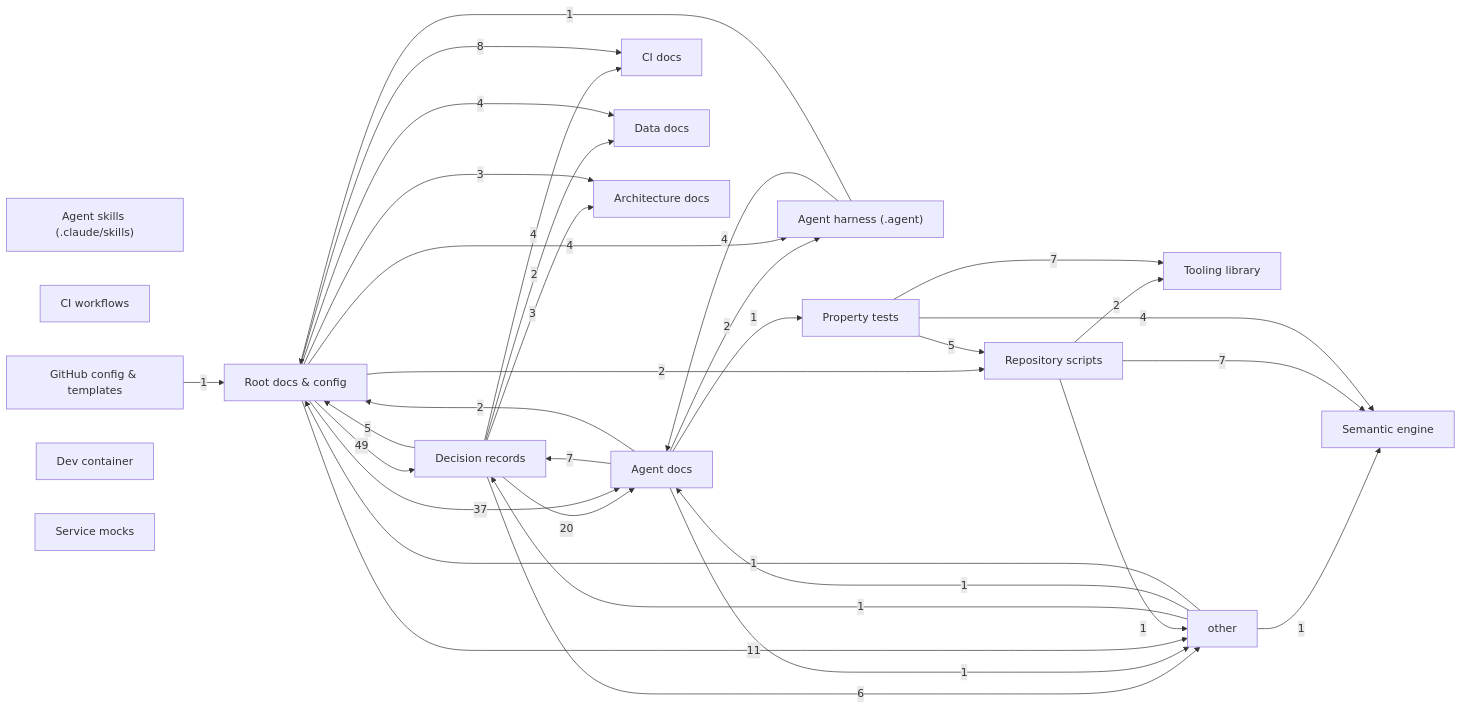
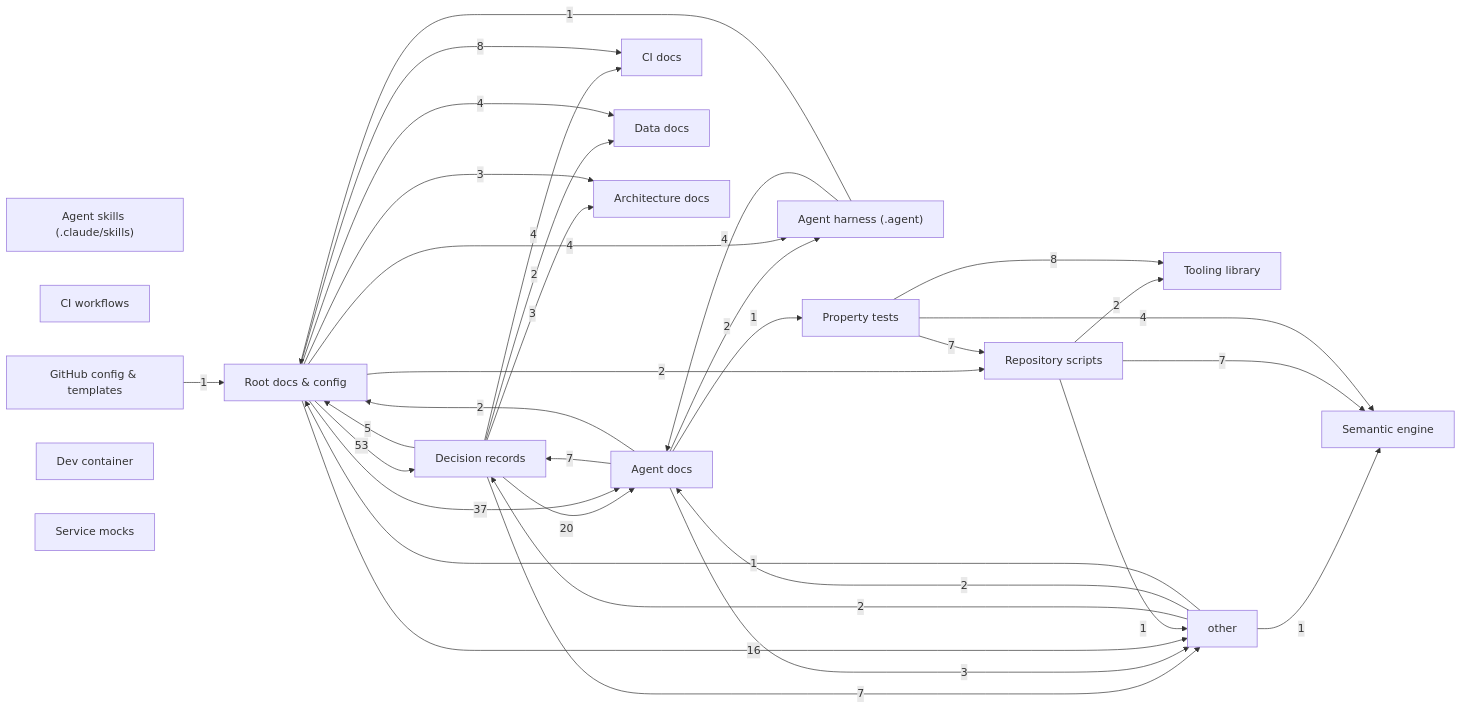
One commit to sayedelazameydesign-crypto/ui changed the diagram in docs/architecture/graph.md. Above: the diagram before and after it, drawn with Mermaid. The commit also changed other lines of this file and 26 other files, not shown here.

````diff
--- a/docs/architecture/graph.md
+++ b/docs/architecture/graph.md
@@ -11,51 +11,51 @@
 ```mermaid
 graph LR
   root["Root docs & config"]
   agent_harness["Agent harness (.agent)"]
   skills["Agent skills (.claude/skills)"]
   workflows["CI workflows"]
   github_config["GitHub config & templates"]
   sandbox["Dev container"]
   adr["Decision records"]
   docs_agents["Agent docs"]
   docs_ci["CI docs"]
   docs_data["Data docs"]
   docs_arch["Architecture docs"]
   semantic["Semantic engine"]
   tooling_lib["Tooling library"]
   scripts["Repository scripts"]
   tests["Property tests"]
   mocks["Service mocks"]
   adr -->|20| docs_agents
   adr -->|3| docs_arch
   adr -->|4| docs_ci
   adr -->|2| docs_data
-  adr -->|6| other
+  adr -->|7| other
   adr -->|5| root
   agent_harness -->|4| docs_agents
   agent_harness -->|1| root
   docs_agents -->|7| adr
   docs_agents -->|2| agent_harness
-  docs_agents -->|1| other
+  docs_agents -->|3| other
   docs_agents -->|2| root
   docs_agents -->|1| tests
   github_config -->|1| root
-  other -->|1| adr
-  other -->|1| docs_agents
+  other -->|2| adr
+  other -->|2| docs_agents
   other -->|1| root
   other -->|1| semantic
-  root -->|49| adr
+  root -->|53| adr
   root -->|4| agent_harness
   root -->|37| docs_agents
   root -->|3| docs_arch
   root -->|8| docs_ci
   root -->|4| docs_data
-  root -->|11| other
+  root -->|16| other
   root -->|2| scripts
   scripts -->|1| other
   scripts -->|7| semantic
   scripts -->|2| tooling_lib
-  tests -->|5| scripts
+  tests -->|7| scripts
   tests -->|4| semantic
-  tests -->|7| tooling_lib
+  tests -->|8| tooling_lib
 ```
````
